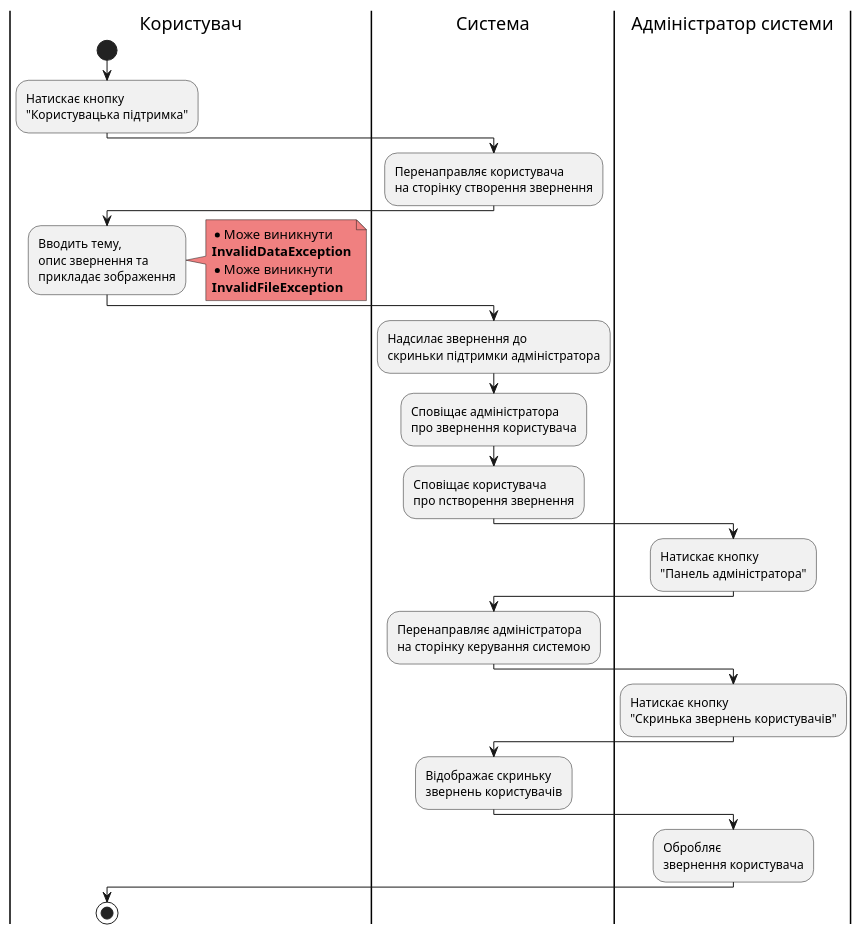
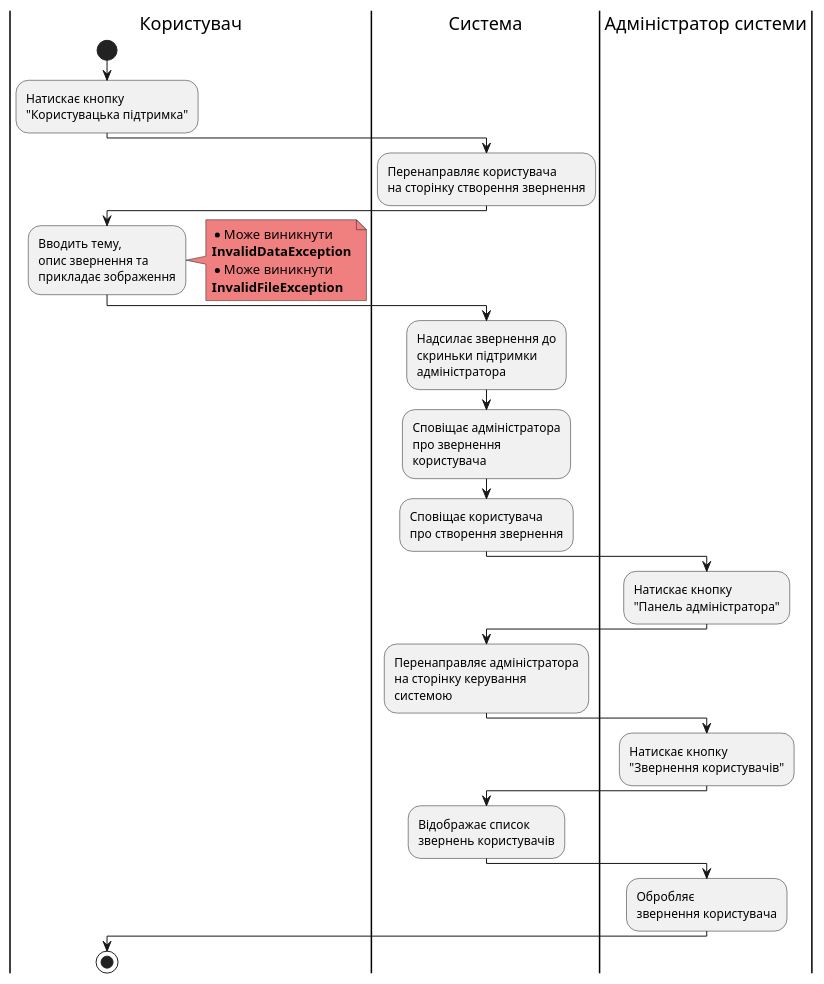
Before and after one commit to samoilenkomariia/db-coursework: diagram 23 of 23 in docs/use cases/README.md, drawn with PlantUML. The commit also changed other lines of this file, not shown here.

```diff
--- a/docs/use cases/README.md
+++ b/docs/use cases/README.md
@@ -1009,33 +1009,33 @@
 @startuml
     
       |Користувач|
       start
       :Натискає кнопку\n"Користувацька підтримка";
       |Система|
       :Перенаправляє користувача\nна сторінку створення звернення;
       |Користувач|
       :Вводить тему,\nопис звернення та\nприкладає зображення;
       note right #lightcoral
         * Може виникнути
         <b>InvalidDataException</b>
         * Може виникнути
         <b>InvalidFileException</b>
       end note
       |Система|
-      :Надсилає звернення до\nскриньки підтримки адміністратора;
-      :Сповіщає адміністратора\nпро звернення користувача;
-      :Сповіщає користувача\nпро nстворення звернення;
+      :Надсилає звернення до\nскриньки підтримки\nадміністратора;
+      :Сповіщає адміністратора\nпро звернення\nкористувача;
+      :Сповіщає користувача\nпро створення звернення;
       |Адміністратор системи|
       :Натискає кнопку\n"Панель адміністратора";
       |Система|
-      :Перенаправляє адміністратора\nна сторінку керування системою;
+      :Перенаправляє адміністратора\nна сторінку керування\nсистемою;
       |Адміністратор системи|
-      :Натискає кнопку\n"Скринька звернень користувачів";
+      :Натискає кнопку\n"Звернення користувачів";
       |Система|
-      :Відображає скриньку\nзвернень користувачів;
+      :Відображає список\nзвернень користувачів;
       |Адміністратор системи|
       :Обробляє\nзвернення користувача;
       |Користувач|
       stop
 
 @enduml
```
